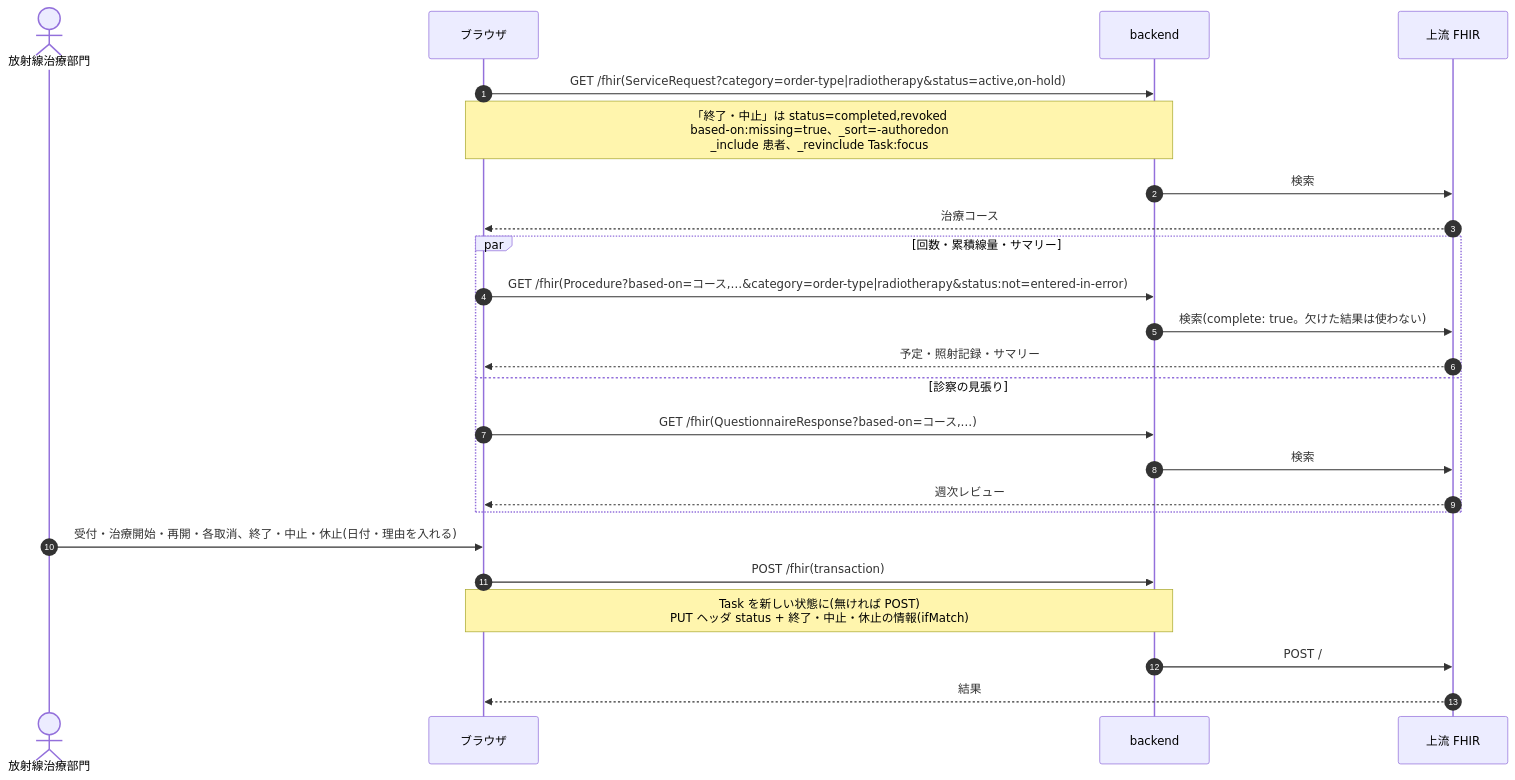
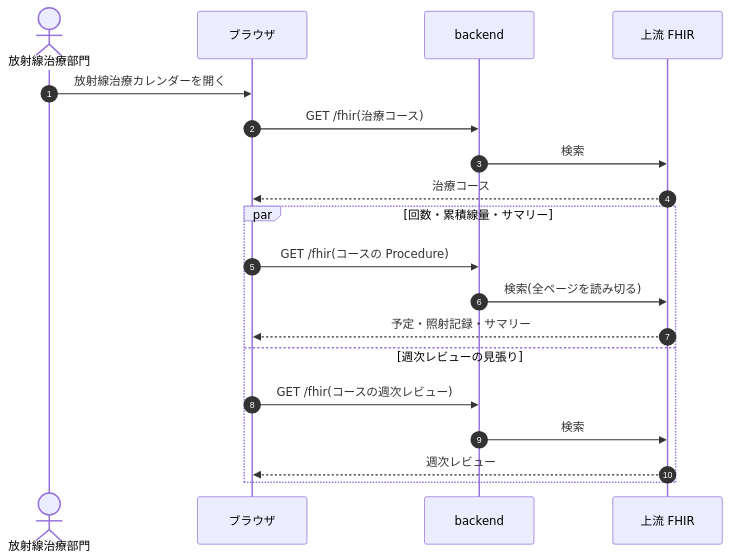
Before and after one commit to ysnr-dev/fhir-client-docs: the third of 8 diagrams in docs/dev/radiotherapy.md, drawn with Mermaid. The commit also changed other lines of this file and 43 other files, not shown here.

Commit message:
docs: 業務フローとシーケンス図を写し直し

````diff
--- a/docs/dev/radiotherapy.md
+++ b/docs/dev/radiotherapy.md
@@ -109,27 +202,22 @@
 ```mermaid
 sequenceDiagram
   autonumber
   actor Dept as 放射線治療部門
   participant UI as ブラウザ
   participant BE as backend
   participant FHIR as 上流 FHIR
 
-  UI->>BE: GET /fhir(ServiceRequest?category=order-type|radiotherapy&status=active,on-hold)
-  Note over UI,BE: 「終了・中止」は status=completed,revoked<br/>based-on:missing=true、_sort=-authoredon<br/>_include 患者、_revinclude Task:focus
+  Dept->>UI: 放射線治療カレンダーを開く
+  UI->>BE: GET /fhir(治療コース)
   BE->>FHIR: 検索
   FHIR-->>UI: 治療コース
   par 回数・累積線量・サマリー
-    UI->>BE: GET /fhir(Procedure?based-on=コース,…&category=order-type|radiotherapy&status:not=entered-in-error)
-    BE->>FHIR: 検索(complete: true。欠けた結果は使わない)
+    UI->>BE: GET /fhir(コースの Procedure)
+    BE->>FHIR: 検索(全ページを読み切る)
     FHIR-->>UI: 予定・照射記録・サマリー
-  and 診察の見張り
-    UI->>BE: GET /fhir(QuestionnaireResponse?based-on=コース,…)
+  and 週次レビューの見張り
+    UI->>BE: GET /fhir(コースの週次レビュー)
     BE->>FHIR: 検索
     FHIR-->>UI: 週次レビュー
   end
-  Dept->>UI: 受付・治療開始・再開・各取消、終了・中止・休止(日付・理由を入れる)
-  UI->>BE: POST /fhir(transaction)
-  Note over UI,BE: Task を新しい状態に(無ければ POST)<br/>PUT ヘッダ status + 終了・中止・休止の情報(ifMatch)
-  BE->>FHIR: POST /
-  FHIR-->>UI: 結果
 ```
````
